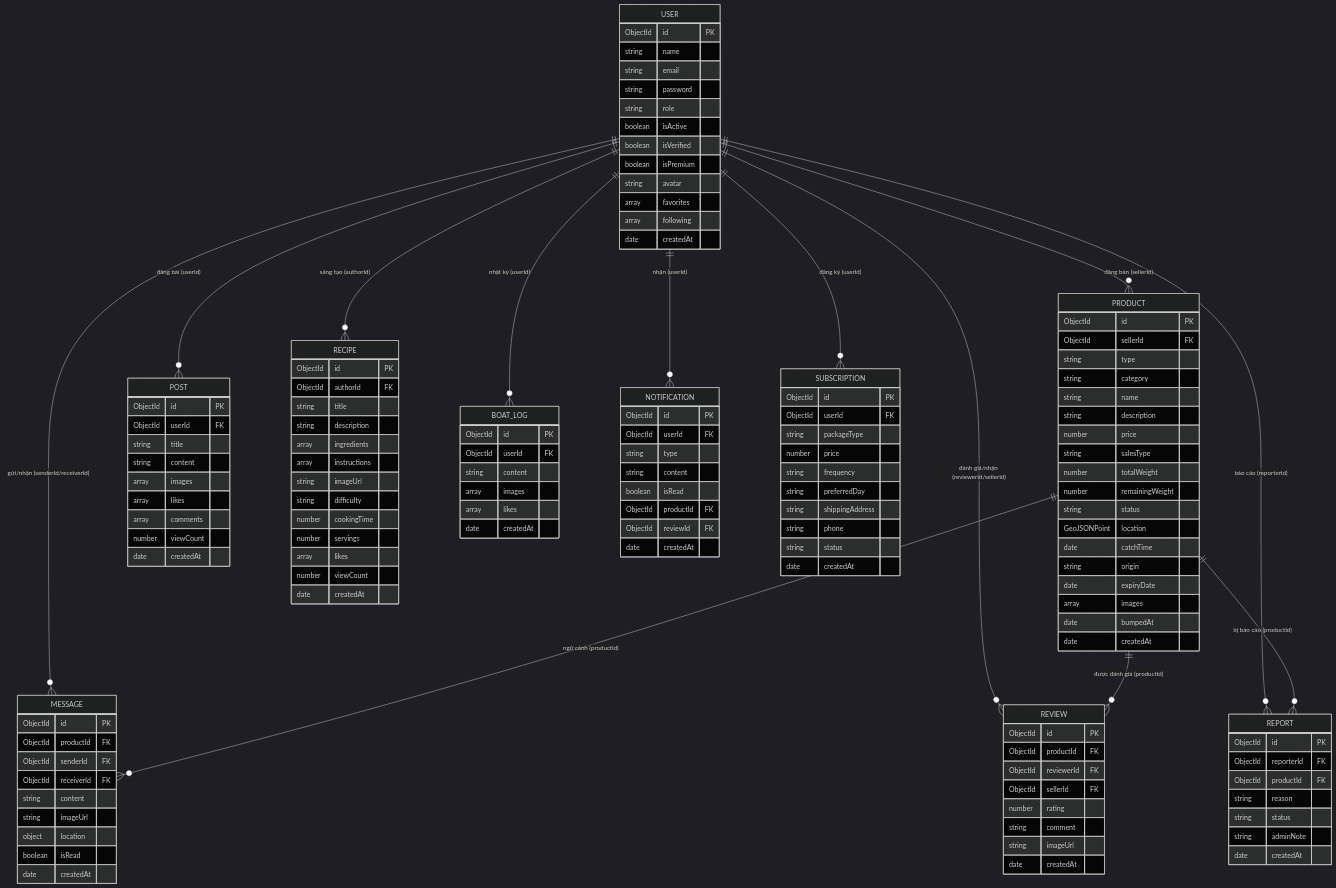
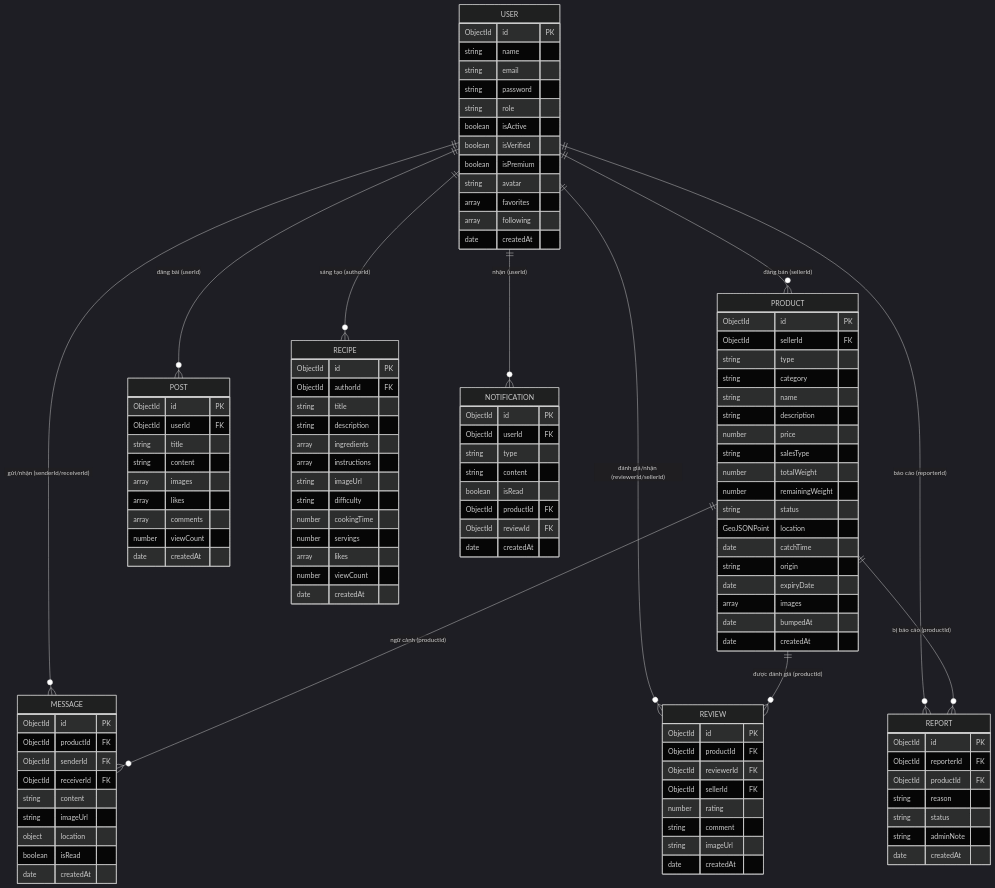
Before and after one commit to fptu-se-su26/swp391-su26-ai-audit-project-swp391_se20a04_group-06: the second of 2 diagrams in docs/MIDTERM_PROGRESS_REPORT_PLAN.md, drawn with Mermaid (dark theme). The commit also changed other lines of this file, not shown here.

Commit message:
docs: replace Omakase Box Subscription and Boat Logs with Web UI adjustments

```diff
--- a/docs/MIDTERM_PROGRESS_REPORT_PLAN.md
+++ b/docs/MIDTERM_PROGRESS_REPORT_PLAN.md
@@ -200,14 +200,6 @@
         number viewCount
         date createdAt
     }
-    BOAT_LOG {
-        ObjectId id PK
-        ObjectId userId FK
-        string content
-        array images
-        array likes
-        date createdAt
-    }
     REPORT {
         ObjectId id PK
         ObjectId reporterId FK
@@ -227,28 +219,14 @@
         ObjectId reviewId FK
         date createdAt
     }
-    SUBSCRIPTION {
-        ObjectId id PK
-        ObjectId userId FK
-        string packageType
-        number price
-        string frequency
-        string preferredDay
-        string shippingAddress
-        string phone
-        string status
-        date createdAt
-    }
 
     USER ||--o{ PRODUCT : "đăng bán (sellerId)"
     USER ||--o{ MESSAGE : "gửi/nhận (senderId/receiverId)"
     USER ||--o{ REVIEW : "đánh giá/nhận (reviewerId/sellerId)"
     USER ||--o{ POST : "đăng bài (userId)"
     USER ||--o{ RECIPE : "sáng tạo (authorId)"
-    USER ||--o{ BOAT_LOG : "nhật ký (userId)"
     USER ||--o{ REPORT : "báo cáo (reporterId)"
     USER ||--o{ NOTIFICATION : "nhận (userId)"
-    USER ||--o{ SUBSCRIPTION : "đăng ký (userId)"
     
     PRODUCT ||--o{ MESSAGE : "ngữ cảnh (productId)"
     PRODUCT ||--o{ REVIEW : "được đánh giá (productId)"
```
